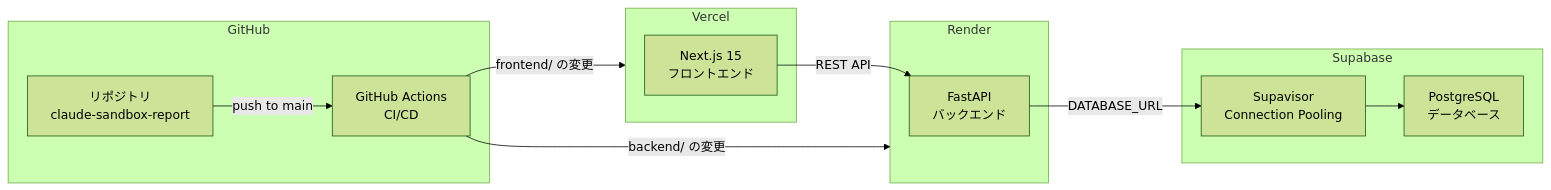
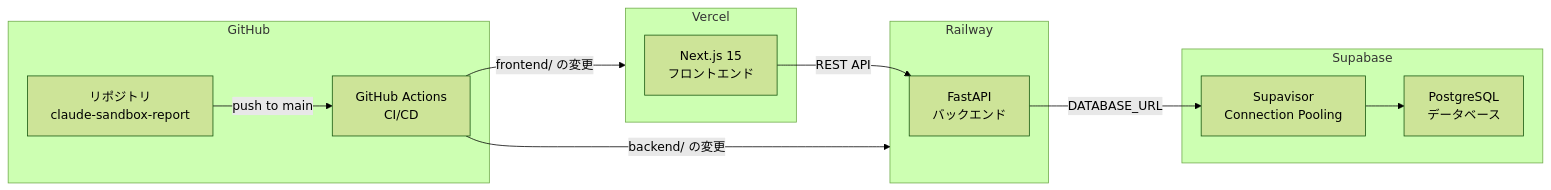
The fifth of 8 diagrams in docs/ARCHITECTURE.md (kensan914/claude-sandbox-report), drawn with Mermaid (forest theme) before and after one commit. The commit also changed other lines of this file, not shown here.

````diff
--- a/docs/ARCHITECTURE.md
+++ b/docs/ARCHITECTURE.md
@@ -342,27 +342,27 @@
 ```mermaid
 graph LR
     subgraph GitHub["GitHub"]
         Repo["リポジトリ<br>claude-sandbox-report"]
         Actions["GitHub Actions<br>CI/CD"]
     end
 
     subgraph Vercel["Vercel"]
         FE["Next.js 15<br>フロントエンド"]
     end
 
-    subgraph RenderCloud["Render"]
+    subgraph RailwayCloud["Railway"]
         BE["FastAPI<br>バックエンド"]
     end
 
     subgraph SupabaseCloud["Supabase"]
         DB["PostgreSQL<br>データベース"]
         Pool["Supavisor<br>Connection Pooling"]
     end
 
     Repo -->|push to main| Actions
     Actions -->|frontend/ の変更| Vercel
-    Actions -->|backend/ の変更| RenderCloud
+    Actions -->|backend/ の変更| RailwayCloud
     FE -->|REST API| BE
     BE -->|DATABASE_URL| Pool
     Pool --> DB
 ```
````
